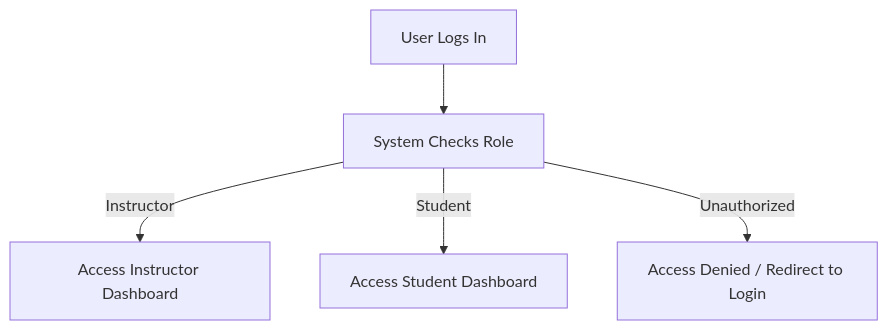
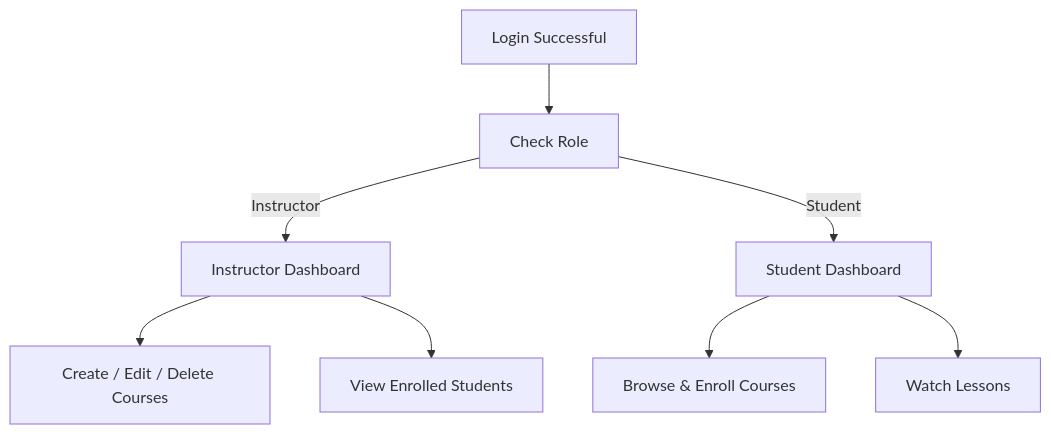
The second of 2 diagrams in docs/technical.md (divyanshdj/learnx-docs), drawn with Mermaid before and after one commit. The commit also changed other lines of this file and 4 other files, not shown here.

Commit message:
docs: update schema, functional docs, and technical docs

````diff
--- a/docs/technical.md
+++ b/docs/technical.md
@@ -29,7 +29,10 @@
 ```mermaid
 flowchart TD
-    A[User Logs In] --> B[System Checks Role]
-    B -->|Instructor| C[Access Instructor Dashboard]
-    B -->|Student| D[Access Student Dashboard]
-    B -->|Unauthorized| E[Access Denied / Redirect to Login]
+    A[Login Successful] --> B[Check Role]
+    B -->|Instructor| C[Instructor Dashboard]
+    C --> D[Create / Edit / Delete Courses]
+    C --> E[View Enrolled Students]
+    B -->|Student| F[Student Dashboard]
+    F --> G[Browse & Enroll Courses]
+    F --> H[Watch Lessons]
 ```
````
